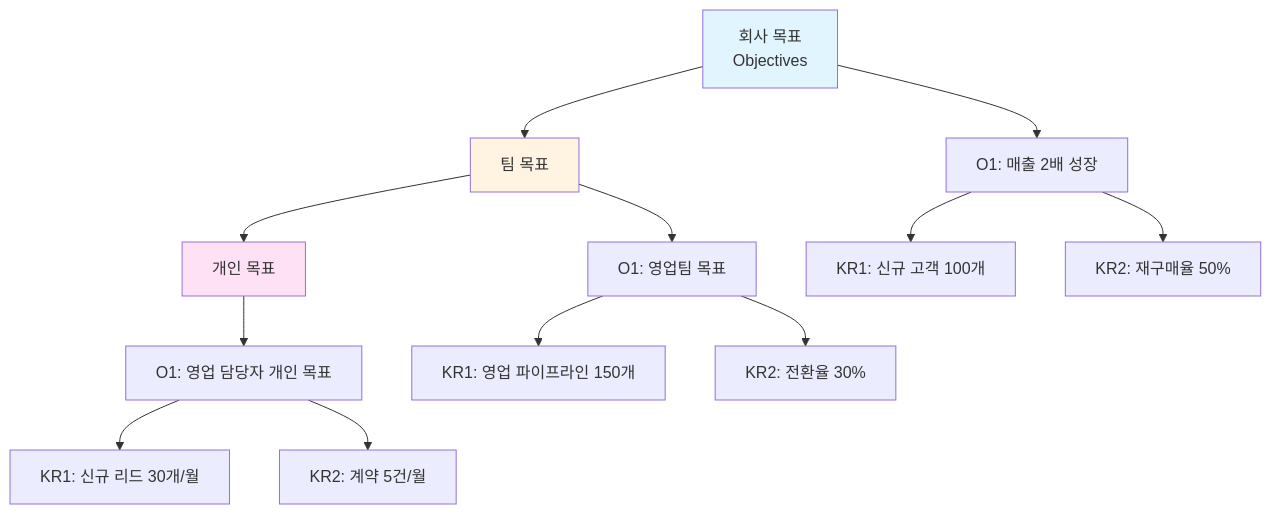
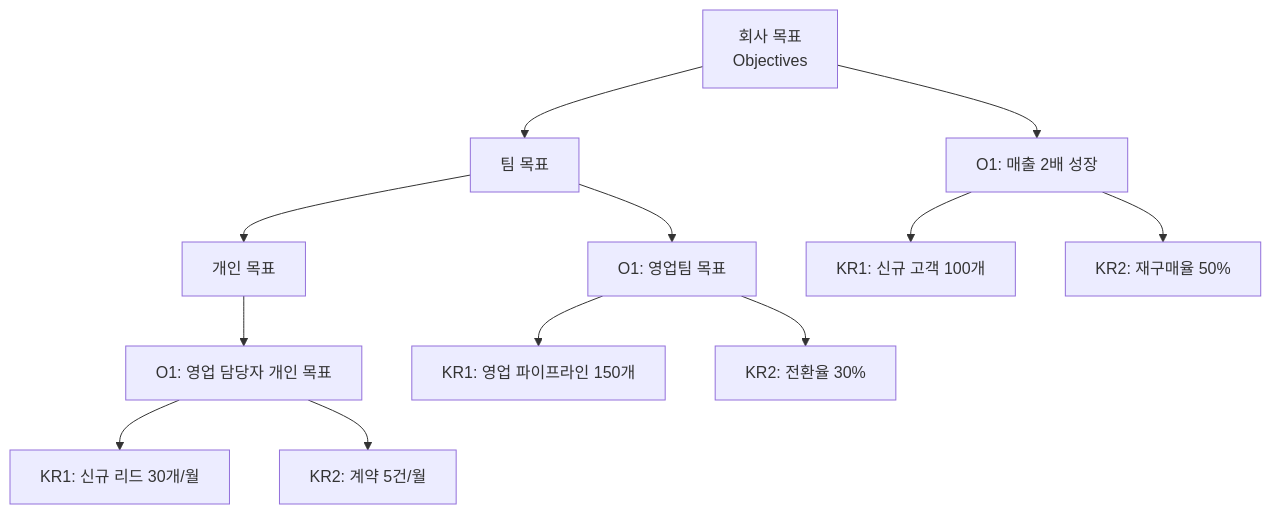
The fourth of 8 diagrams in _md/genai-notion/chapter09/09-2.md (nugurejeil/weniVooks), drawn with Mermaid before and after one commit. The commit also changed other lines of this file and 187 other files, not shown here.

````diff
--- a/_md/genai-notion/chapter09/09-2.md
+++ b/_md/genai-notion/chapter09/09-2.md
@@ -298,21 +287,17 @@
 ```mermaid
 graph TB
     A[회사 목표<br/>Objectives] --> B[팀 목표]
     B --> C[개인 목표]
 
     A --> A1[O1: 매출 2배 성장]
     A1 --> A2[KR1: 신규 고객 100개]
     A1 --> A3[KR2: 재구매율 50%]
 
     B --> B1[O1: 영업팀 목표]
     B1 --> B2[KR1: 영업 파이프라인 150개]
     B1 --> B3[KR2: 전환율 30%]
 
     C --> C1[O1: 영업 담당자 개인 목표]
     C1 --> C2[KR1: 신규 리드 30개/월]
     C1 --> C3[KR2: 계약 5건/월]
-
-    style A fill:#e1f5ff
-    style B fill:#fff4e1
-    style C fill:#ffe1f5
 ```
````
